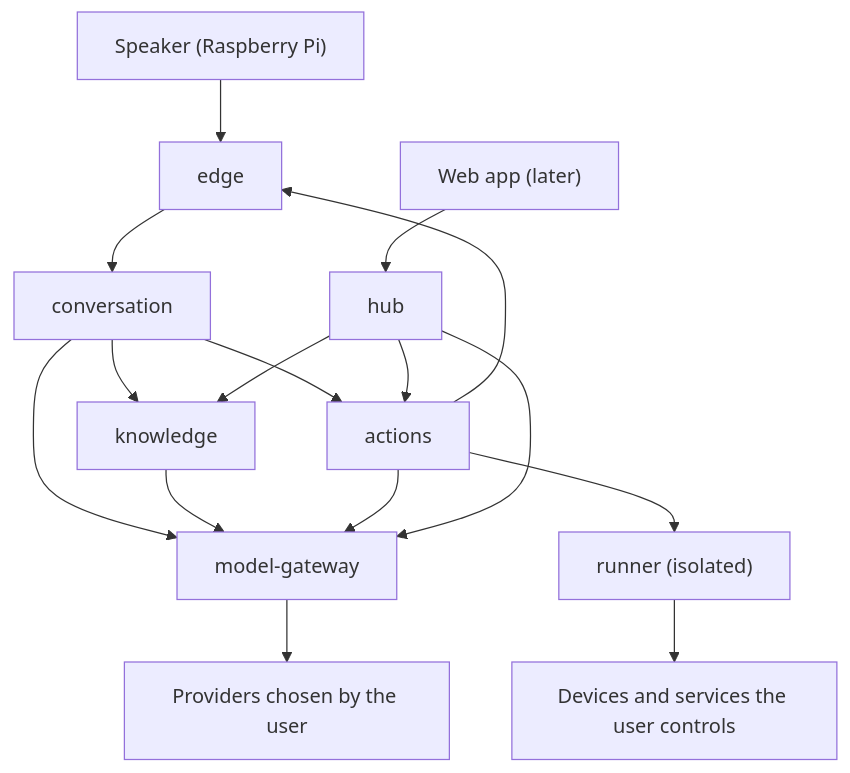
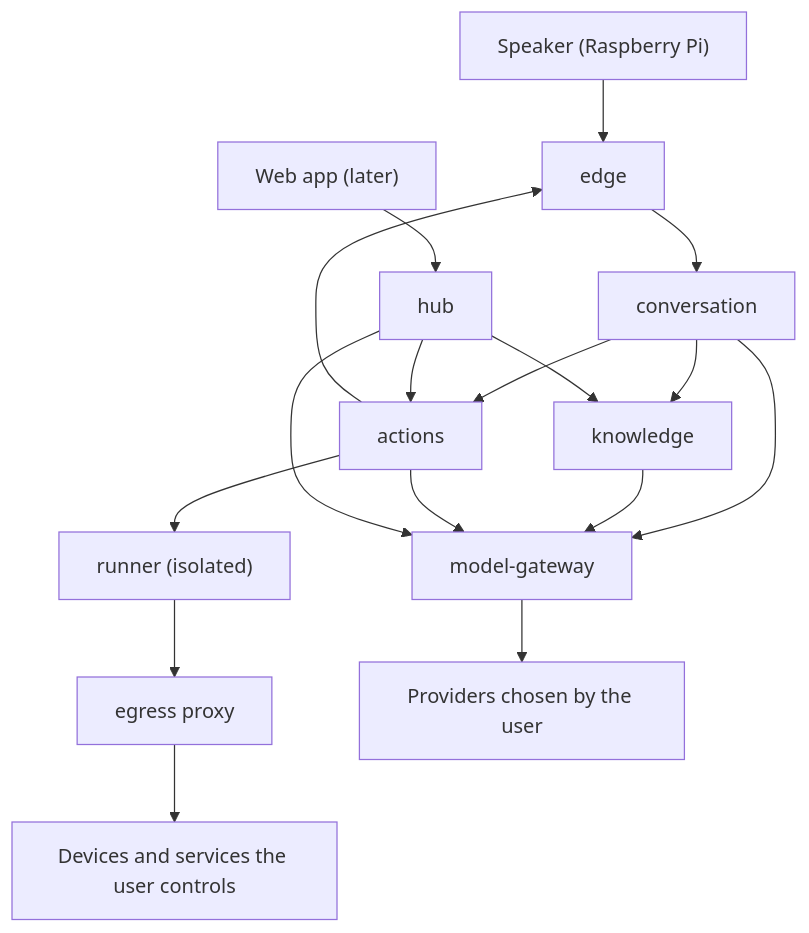
The diagram in docs/design.md (nicolapucci/factotum), drawn with Mermaid before and after one commit. The commit also changed other lines of this file and 8 other files, not shown here.

First line of the commit message:
Document the runner, the egress proxy and running skills

````diff
--- a/docs/design.md
+++ b/docs/design.md
@@ -40,18 +42,19 @@
 ```mermaid
 flowchart TD
     speaker["Speaker (Raspberry Pi)"] --> edge
     webapp["Web app (later)"] --> hub
     edge --> conversation
     conversation --> knowledge
     conversation --> actions
     conversation --> gateway["model-gateway"]
     knowledge --> gateway
     actions --> gateway
     actions --> runner["runner (isolated)"]
     actions --> edge
+    runner --> egress["egress proxy"]
     hub --> knowledge
     hub --> actions
     hub --> gateway
     gateway --> providers["Providers chosen by the user"]
-    runner --> external["Devices and services the user controls"]
+    egress --> external["Devices and services the user controls"]
 ```
````
